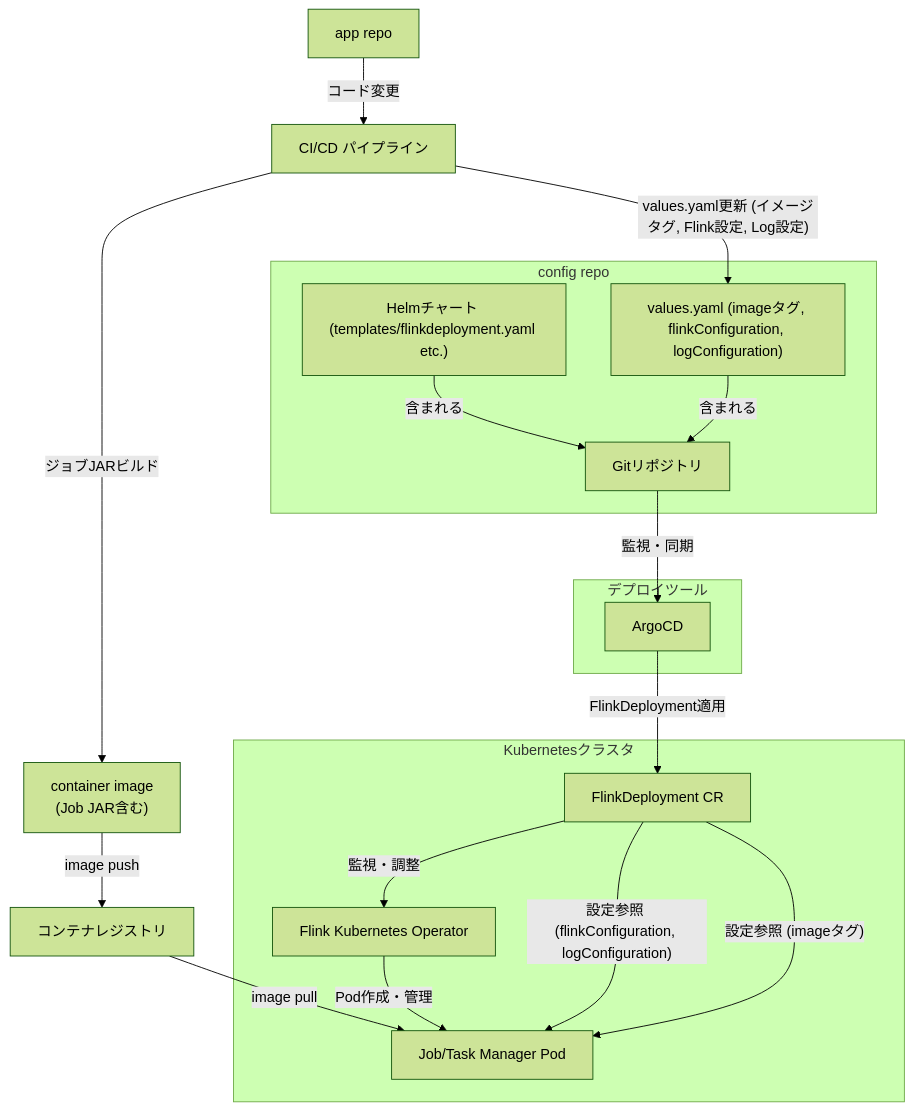
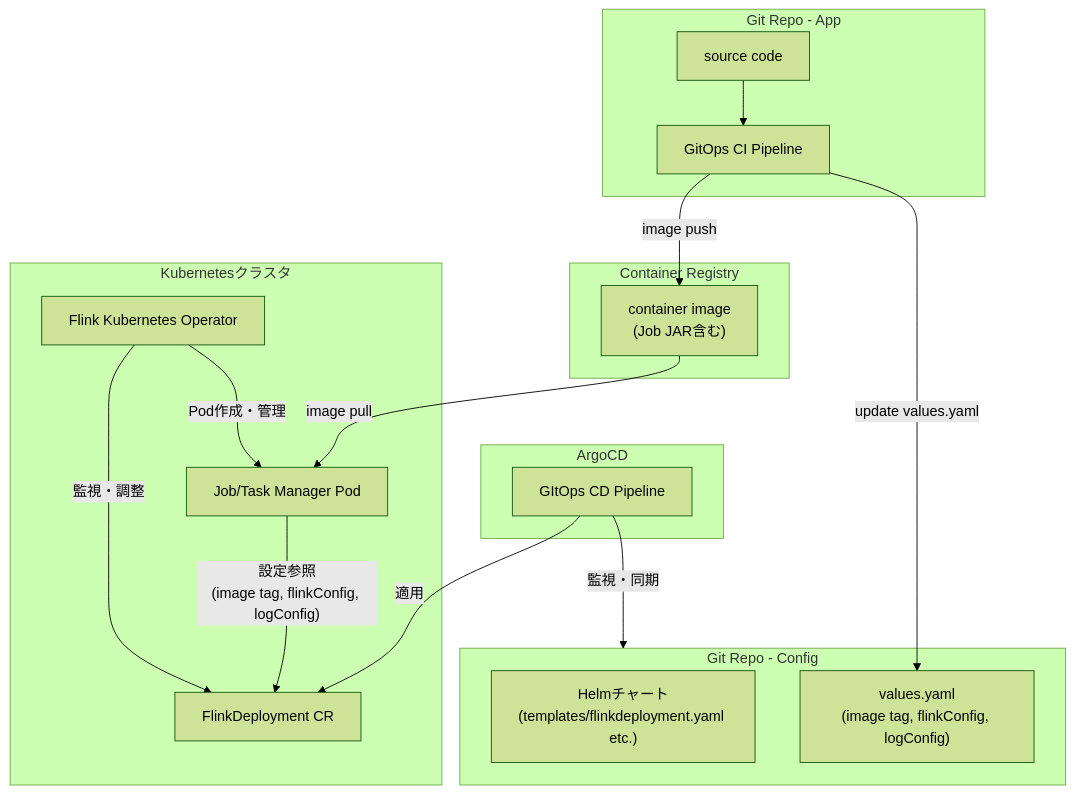
One commit to suwa-sh/zenn-contents changed the second of 2 diagrams in articles/apache_beam_flink_k8s_argocd_20250526.md. Above: the diagram before and after it, drawn with Mermaid (forest theme).

````diff
--- a/articles/apache_beam_flink_k8s_argocd_20250526.md
+++ b/articles/apache_beam_flink_k8s_argocd_20250526.md
@@ -363,42 +363,40 @@
 ```mermaid
 graph TD
-    Dev["app repo"]
-    CICD["CI/CD パイプライン"]
-
-    CustomImage["container image<br/>(Job JAR含む)"]
-    Registry["コンテナレジストリ"]
-
-    subgraph ConfigRepo["config repo"]
-        GitRepo["Gitリポジトリ"]
-        HelmChart["Helmチャート (templates/flinkdeployment.yaml etc.)"]
-        ValuesYaml["values.yaml (imageタグ, flinkConfiguration, logConfiguration)"]
+    subgraph AppRepo["Git Repo - App"]
+      Src["source code"]
+      CI["GitOps CI Pipeline"]
     end
 
-    subgraph Deployment_Tools["デプロイツール"]
-        ArgoCD["ArgoCD"]
+    subgraph Registry["Container Registry"]
+      CustomImage["container image<br/>(Job JAR含む)"]
+    end
+
+    subgraph ConfigRepo["Git Repo - Config"]
+        HelmChart["Helmチャート<br/>(templates/flinkdeployment.yaml etc.)"]
+        ValuesYaml["values.yaml<br/>(image tag, flinkConfig, logConfig)"]
+    end
+
+    subgraph ArgoCD
+        CD["GItOps CD Pipeline"]
     end
 
     subgraph Kubernetes_Cluster["Kubernetesクラスタ"]
         Operator["Flink Kubernetes Operator"]
         FlinkDeploymentCR["FlinkDeployment CR"]
         JobManager["Job/Task Manager Pod"]
     end
 
-    Dev -- "コード変更" --> CICD
-    CICD -- "ジョブJARビルド" --> CustomImage
-    CustomImage -- "image push" --> Registry
-    CICD -- "values.yaml更新 (イメージタグ, Flink設定, Log設定)" --> ValuesYaml
-    ValuesYaml -- "含まれる" --> GitRepo
-    HelmChart -- "含まれる" --> GitRepo
+    Src --> CI
+    CI -- "image push" --> CustomImage
+    CI -- "update values.yaml" --> ValuesYaml
 
-    GitRepo -- "監視・同期" --> ArgoCD
-    ArgoCD -- "FlinkDeployment適用" --> FlinkDeploymentCR
+    CD -- "監視・同期" --> ConfigRepo
+    CD -- "適用" --> FlinkDeploymentCR
 
-    FlinkDeploymentCR -- "監視・調整" --> Operator
+    Operator -- "監視・調整" --> FlinkDeploymentCR
     Operator -- "Pod作成・管理" --> JobManager
 
-    Registry -- "image pull" --> JobManager
+    CustomImage -- "image pull" --> JobManager
 
-    FlinkDeploymentCR -- "設定参照 (flinkConfiguration, logConfiguration)" --> JobManager
-    FlinkDeploymentCR -- "設定参照 (imageタグ)" --> JobManager
+    JobManager -- "設定参照<br/>(image tag, flinkConfig, logConfig)" --> FlinkDeploymentCR
 ```
````
